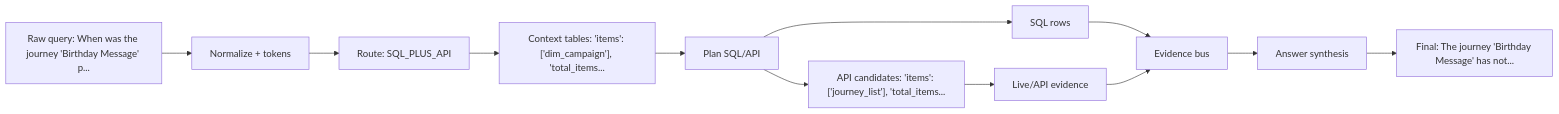
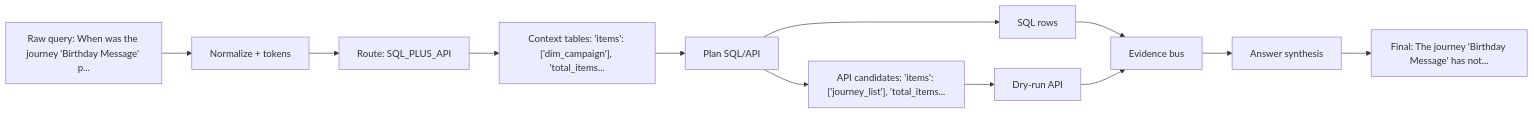
The diagram in outputs/visualizations/query_example_000_dataflow.md (dashsys-workshop-vldb/dashsys-workshop-vldb.github.io), drawn with Mermaid before and after one commit. The commit also changed other lines of this file and 691 other files, not shown here.

````diff
--- a/outputs/visualizations/query_example_000_dataflow.md
+++ b/outputs/visualizations/query_example_000_dataflow.md
@@ -17,14 +17,14 @@
 ```mermaid
 flowchart LR
   Q["Raw query: When was the journey 'Birthday Message' p..."] --> N["Normalize + tokens"]
   N --> R["Route: SQL_PLUS_API"]
   R --> C["Context tables: 'items': ['dim_campaign'], 'total_items..."]
   C --> P["Plan SQL/API"]
   P --> S["SQL rows"]
   P --> A["API candidates: 'items': ['journey_list'], 'total_items..."]
-  A --> E["Live/API evidence"]
+  A --> E["Dry-run API"]
   S --> V["Evidence bus"]
   E --> V
   V --> H["Answer synthesis"]
   H --> F["Final: The journey 'Birthday Message' has not..."]
 ```
````
